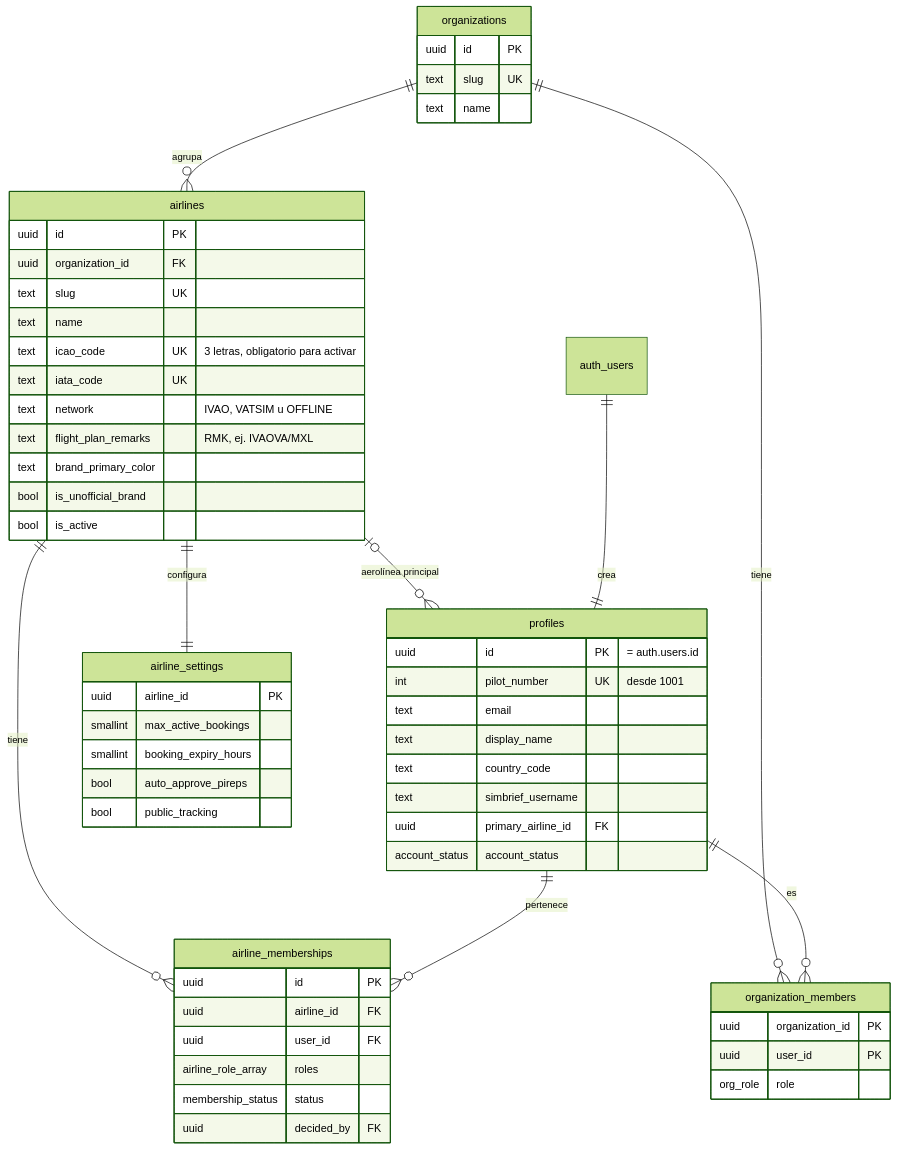
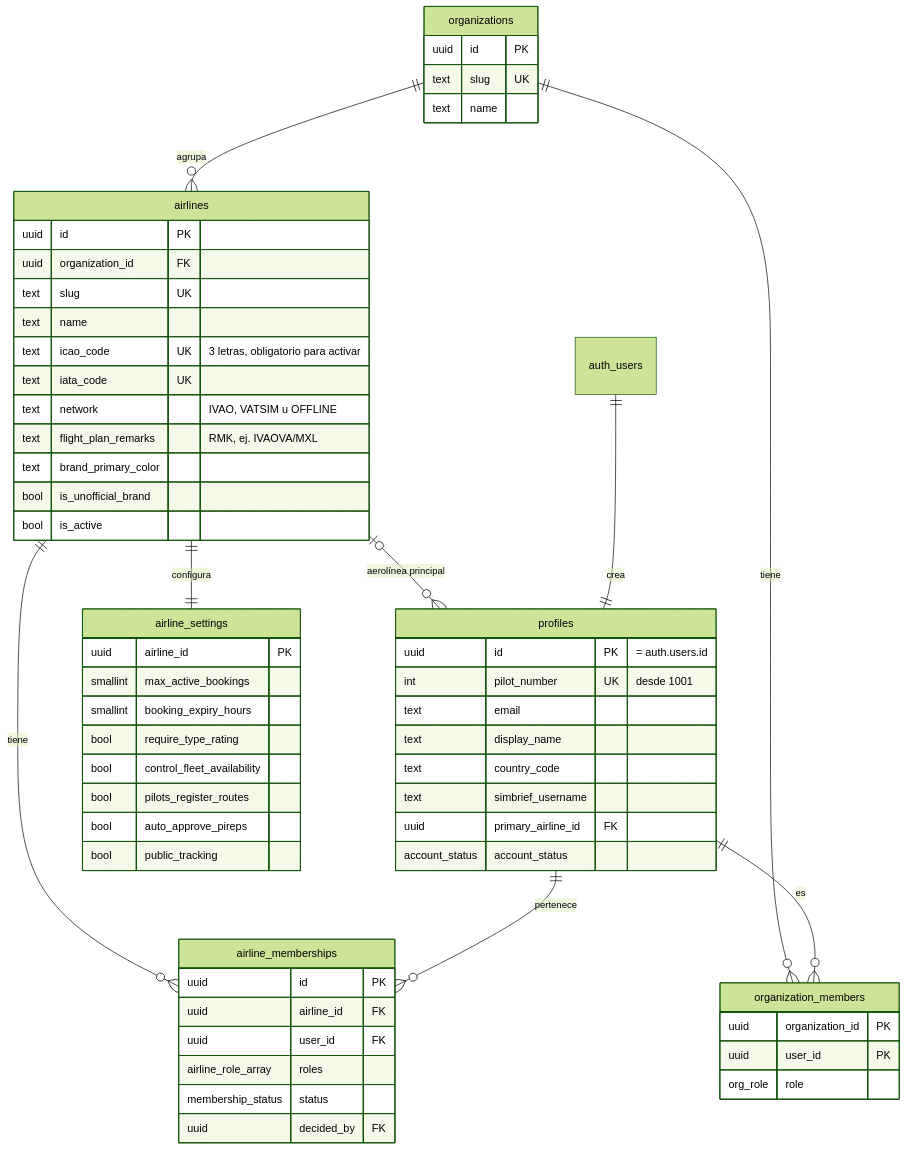
One commit to INAVAE/lam-virtual-acars changed the first of 3 diagrams in docs/database/data-model.md. Above: the diagram before and after it, drawn with Mermaid (forest theme). The commit also changed other lines of this file and 20 other files, not shown here.

First line of the commit message:
Airline options: free fleet, optional type ratings, pilot-registered routes

````diff
--- a/docs/database/data-model.md
+++ b/docs/database/data-model.md
@@ -7,60 +7,63 @@
 ```mermaid
 erDiagram
   organizations ||--o{ airlines : agrupa
   organizations ||--o{ organization_members : tiene
   profiles ||--o{ organization_members : es
   airlines ||--|| airline_settings : configura
   airlines ||--o{ airline_memberships : tiene
   profiles ||--o{ airline_memberships : pertenece
   airlines |o--o{ profiles : "aerolínea principal"
   auth_users ||--|| profiles : crea
 
   organizations {
     uuid id PK
     text slug UK
     text name
   }
   airlines {
     uuid id PK
     uuid organization_id FK
     text slug UK
     text name
     text icao_code UK "3 letras, obligatorio para activar"
     text iata_code UK
     text network "IVAO, VATSIM u OFFLINE"
     text flight_plan_remarks "RMK, ej. IVAOVA/MXL"
     text brand_primary_color
     bool is_unofficial_brand
     bool is_active
   }
   profiles {
     uuid id PK "= auth.users.id"
     int pilot_number UK "desde 1001"
     text email
     text display_name
     text country_code
     text simbrief_username
     uuid primary_airline_id FK
     account_status account_status
   }
   organization_members {
     uuid organization_id PK
     uuid user_id PK
     org_role role
   }
   airline_memberships {
     uuid id PK
     uuid airline_id FK
     uuid user_id FK
     airline_role_array roles
     membership_status status
     uuid decided_by FK
   }
   airline_settings {
     uuid airline_id PK
     smallint max_active_bookings
     smallint booking_expiry_hours
+    bool require_type_rating
+    bool control_fleet_availability
+    bool pilots_register_routes
     bool auto_approve_pireps
     bool public_tracking
   }
 ```
````
